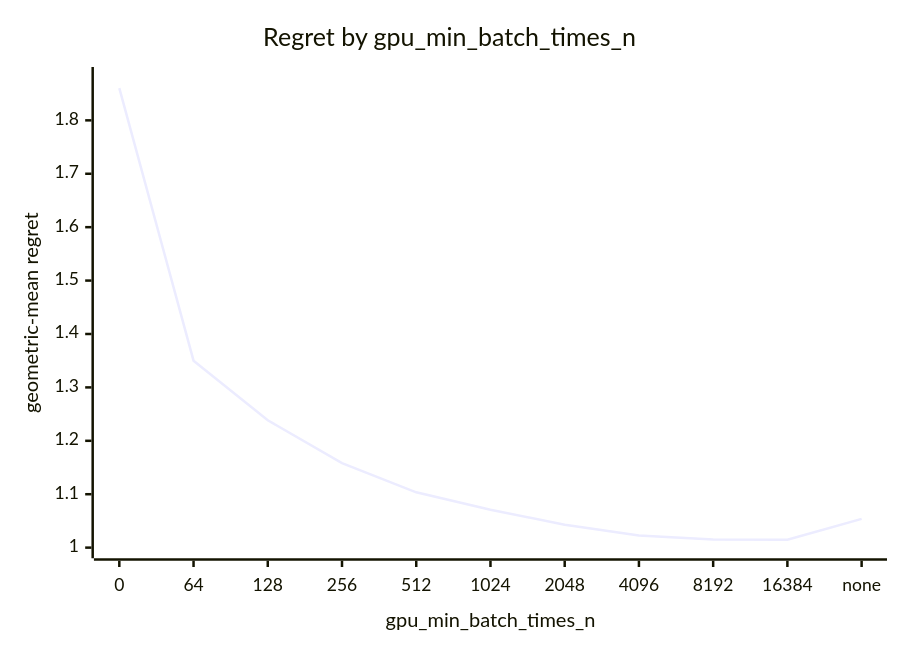
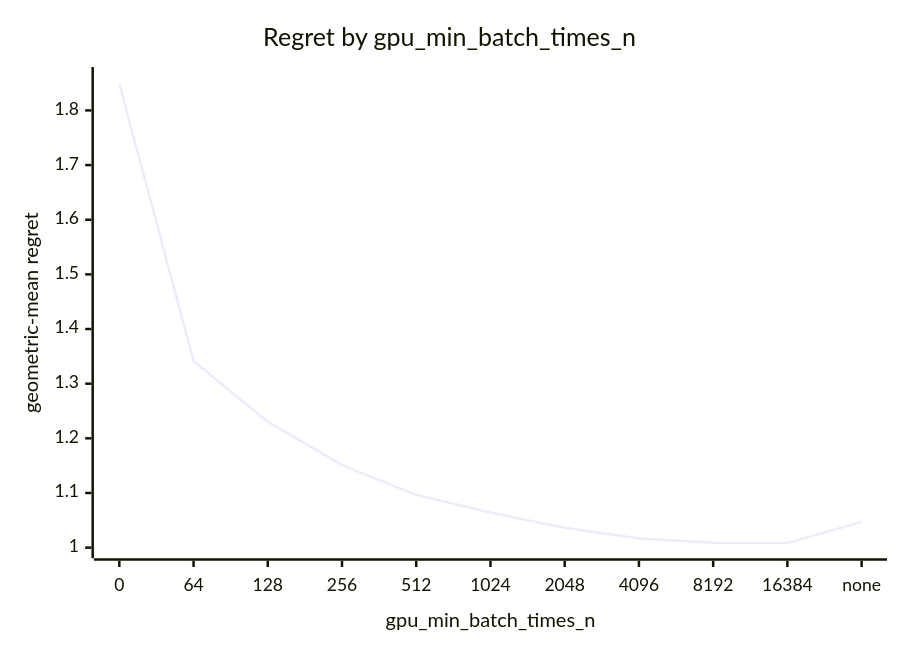
The third of 5 diagrams in docs/results/apple-m5-pro-20gpu/20261003-c0878c/eigh/report.md (c0rmac/metal-linalg), drawn with Mermaid before and after one commit. The commit also changed other lines of this file and 82 other files, not shown here.

````diff
--- a/docs/results/apple-m5-pro-20gpu/20261003-c0878c/eigh/report.md
+++ b/docs/results/apple-m5-pro-20gpu/20261003-c0878c/eigh/report.md
@@ -173,7 +175,7 @@
 ```mermaid
 xychart-beta
     title "Regret by gpu_min_batch_times_n"
     x-axis "gpu_min_batch_times_n" [0, 64, 128, 256, 512, 1024, 2048, 4096, 8192, 16384, none]
-    y-axis "geometric-mean regret" 1.0 --> 1.88
-    line [1.8604, 1.3500, 1.2384, 1.1582, 1.1036, 1.0710, 1.0428, 1.0229, 1.0153, 1.0147, 1.0538]
+    y-axis "geometric-mean regret" 1.0 --> 1.86
+    line [1.8487, 1.3415, 1.2306, 1.1509, 1.0966, 1.0642, 1.0362, 1.0165, 1.0089, 1.0083, 1.0472]
 ```
````
